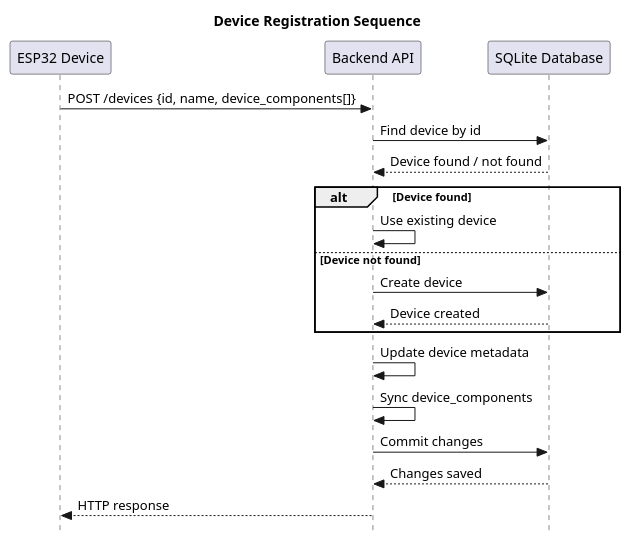
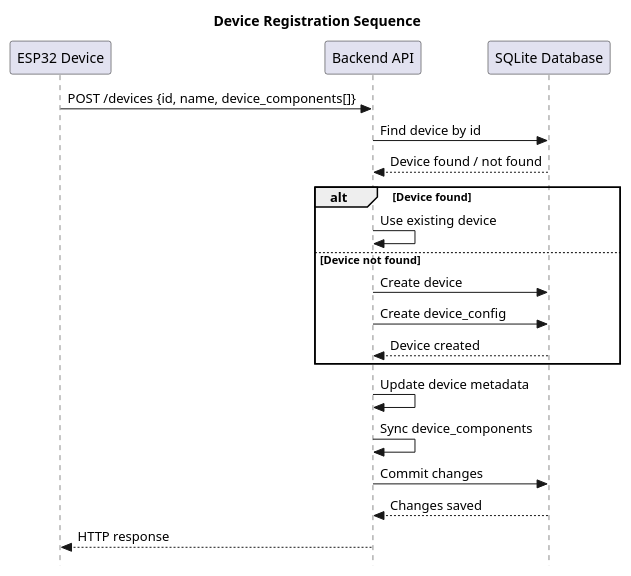
Before and after one commit to bobskefeurat/iot-device-platform: the diagram in docs/diagrams/system/device_registration_sequence.puml, drawn with PlantUML. The commit also changed 8 other files, not shown here.

Commit message:
docs: update README and architecture diagrams

```diff
--- a/docs/diagrams/system/device_registration_sequence.puml
+++ b/docs/diagrams/system/device_registration_sequence.puml
@@ -1,29 +1,30 @@
 @startuml device_registration_sequence
 
 skinparam style strictuml
 title "Device Registration Sequence"
 
 participant "ESP32 Device" as esp32
 participant "Backend API" as backend
 participant "SQLite Database" as db
 
 esp32 -> backend : POST /devices {id, name, device_components[]}
 backend -> db : Find device by id
 
 db --> backend : Device found / not found
 
 alt Device found
 backend -> backend : Use existing device
 else Device not found
 backend -> db : Create device
+backend -> db : Create device_config
 db --> backend : Device created
 end
 
 backend -> backend : Update device metadata
 backend -> backend : Sync device_components
 backend -> db : Commit changes
 db --> backend : Changes saved
 
 backend --> esp32 : HTTP response
 
 @enduml
```
